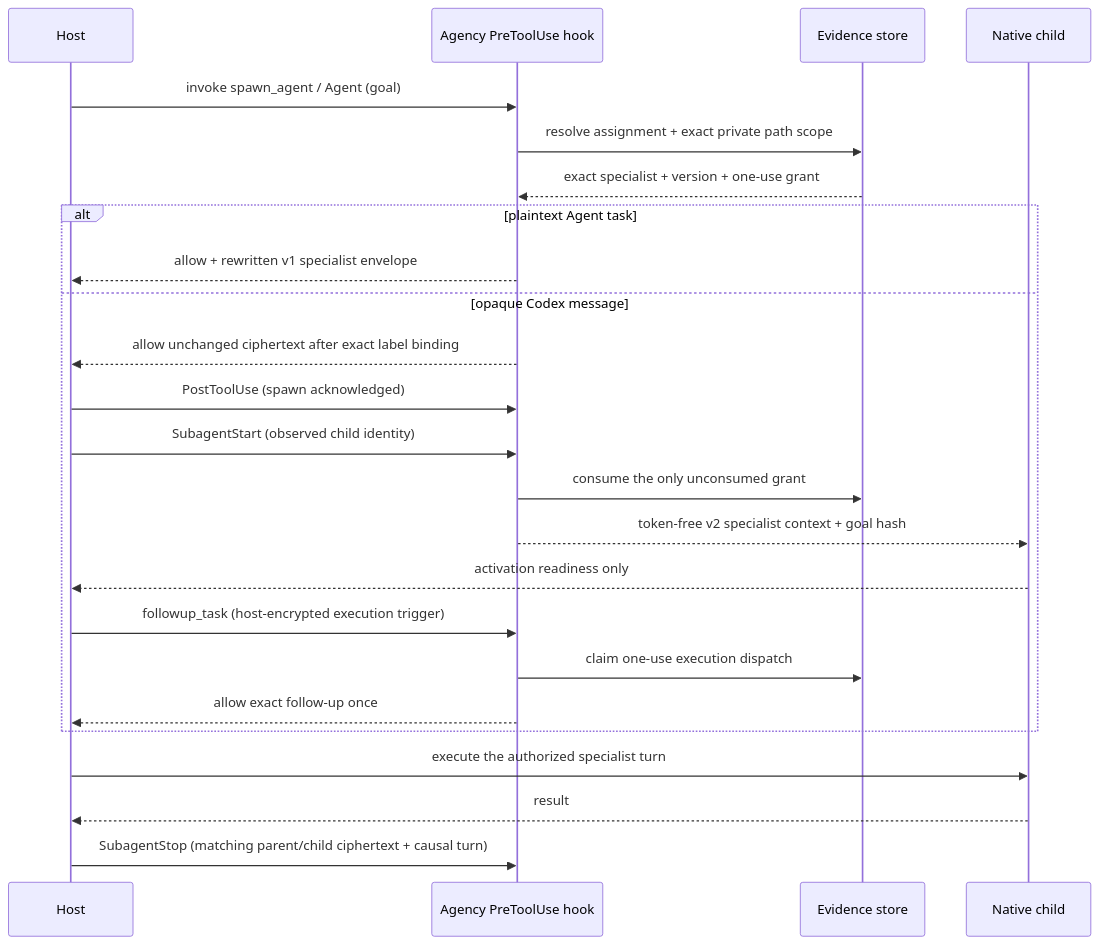
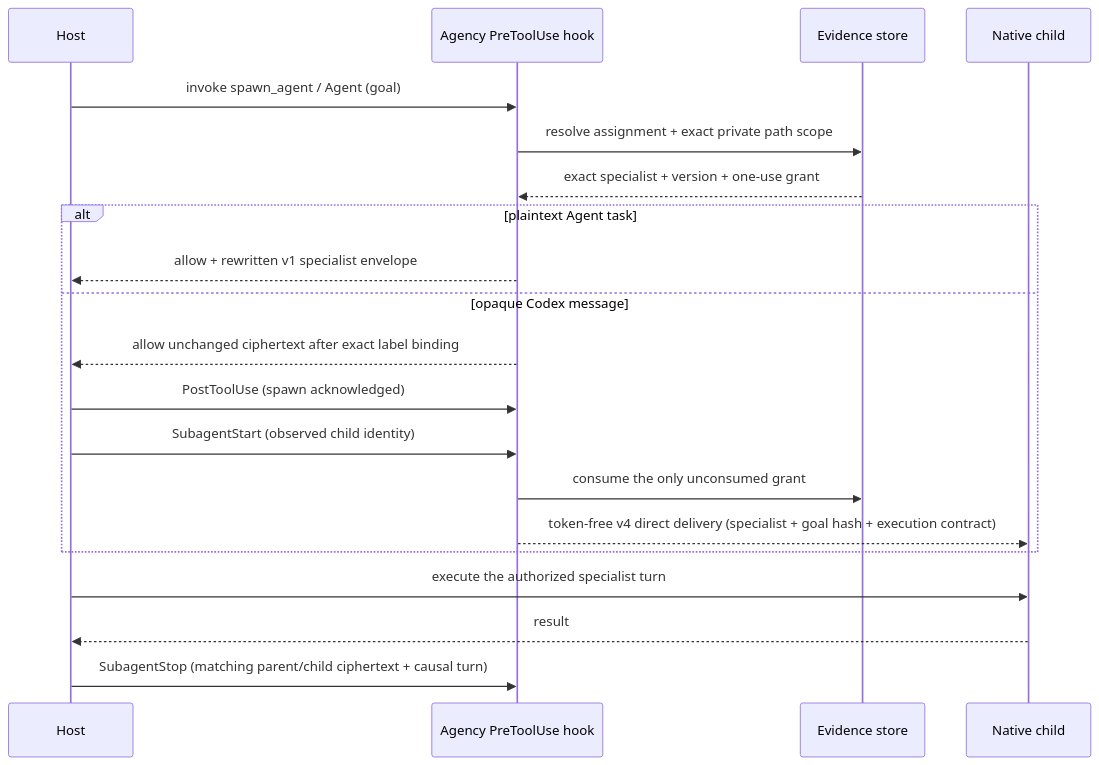
One commit to Holeshot-Software-LLC/agency-runtime changed the second of 2 diagrams in README.md. Above: the diagram before and after it, drawn with Mermaid. The commit also changed other lines of this file, not shown here.

````diff
--- a/README.md
+++ b/README.md
@@ -215,26 +215,22 @@
 ```mermaid
 sequenceDiagram
     participant Host
     participant Hook as Agency PreToolUse hook
     participant Store as Evidence store
     participant Child as Native child
     Host->>Hook: invoke spawn_agent / Agent (goal)
     Hook->>Store: resolve assignment + exact private path scope
     Store-->>Hook: exact specialist + version + one-use grant
     alt plaintext Agent task
         Hook-->>Host: allow + rewritten v1 specialist envelope
     else opaque Codex message
         Hook-->>Host: allow unchanged ciphertext after exact label binding
         Host->>Hook: PostToolUse (spawn acknowledged)
         Host->>Hook: SubagentStart (observed child identity)
         Hook->>Store: consume the only unconsumed grant
-        Hook-->>Child: token-free v2 specialist context + goal hash
-        Child-->>Host: activation readiness only
-        Host->>Hook: followup_task (host-encrypted execution trigger)
-        Hook->>Store: claim one-use execution dispatch
-        Hook-->>Host: allow exact follow-up once
+        Hook-->>Child: token-free v4 direct delivery (specialist + goal hash + execution contract)
     end
     Host->>Child: execute the authorized specialist turn
     Child-->>Host: result
     Host->>Hook: SubagentStop (matching parent/child ciphertext + causal turn)
 ```
````
